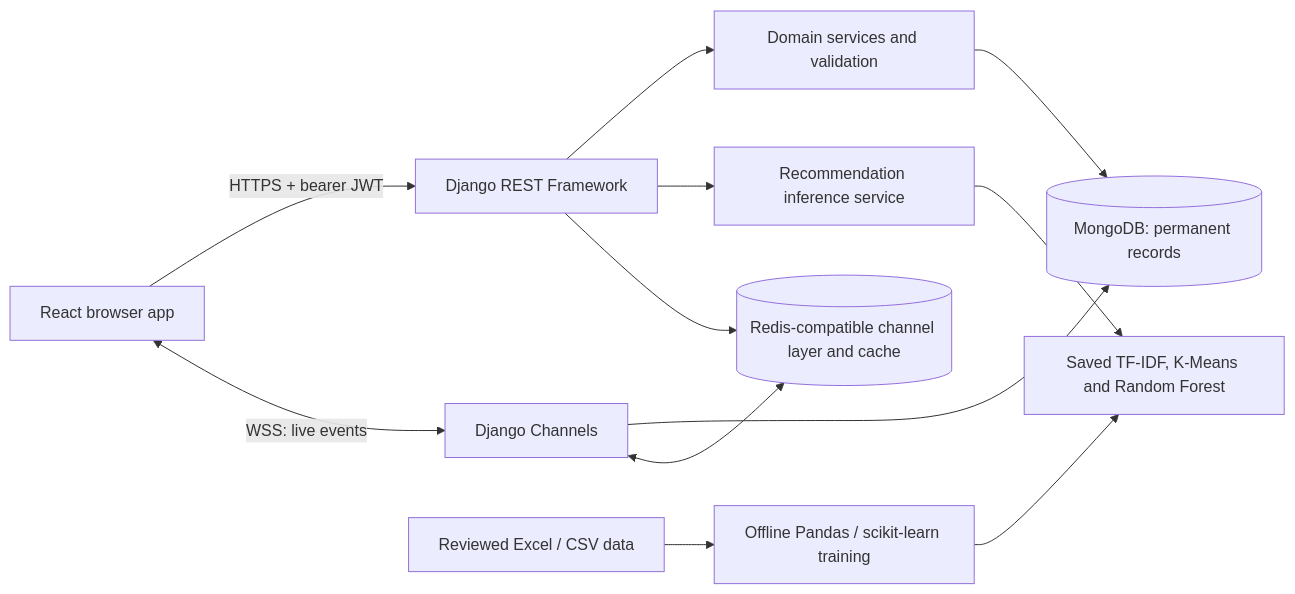
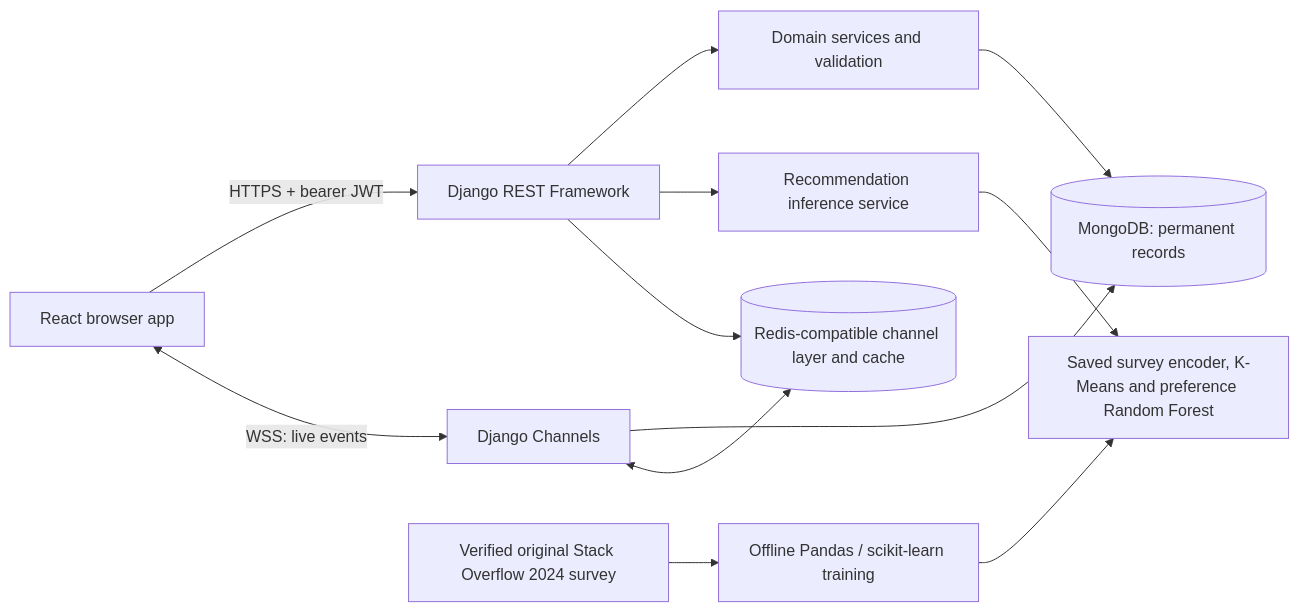
One commit to majorproject4224-max/final-year-project changed the first of 2 diagrams in docs/ARCHITECTURE.md. Above: the diagram before and after it, drawn with Mermaid. The commit also changed other lines of this file and 40 other files, not shown here.

````diff
--- a/docs/ARCHITECTURE.md
+++ b/docs/ARCHITECTURE.md
@@ -5,14 +5,14 @@
 ```mermaid
 flowchart LR
   Browser["React browser app"] -->|HTTPS + bearer JWT| API["Django REST Framework"]
   Browser <-->|WSS: live events| Channels["Django Channels"]
   API --> Services["Domain services and validation"]
   Services --> Mongo[("MongoDB: permanent records")]
   Channels --> Mongo
   API --> ML["Recommendation inference service"]
-  ML --> Artifacts["Saved TF-IDF, K-Means and Random Forest"]
+  ML --> Artifacts["Saved survey encoder, K-Means and preference Random Forest"]
   API --> Redis[("Redis-compatible channel layer and cache")]
   Channels <--> Redis
   Training["Offline Pandas / scikit-learn training"] --> Artifacts
-  Dataset["Reviewed Excel / CSV data"] --> Training
+  Dataset["Verified original Stack Overflow 2024 survey"] --> Training
 ```
````
